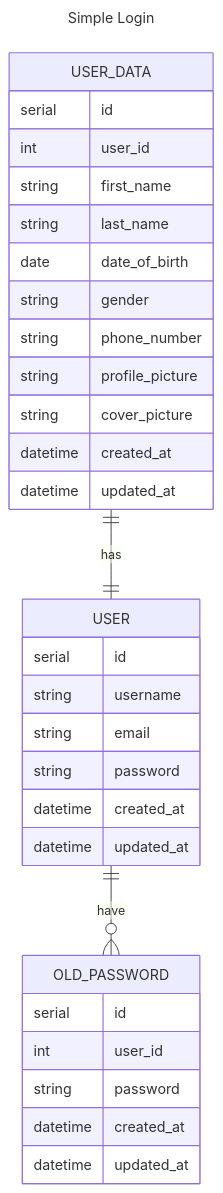
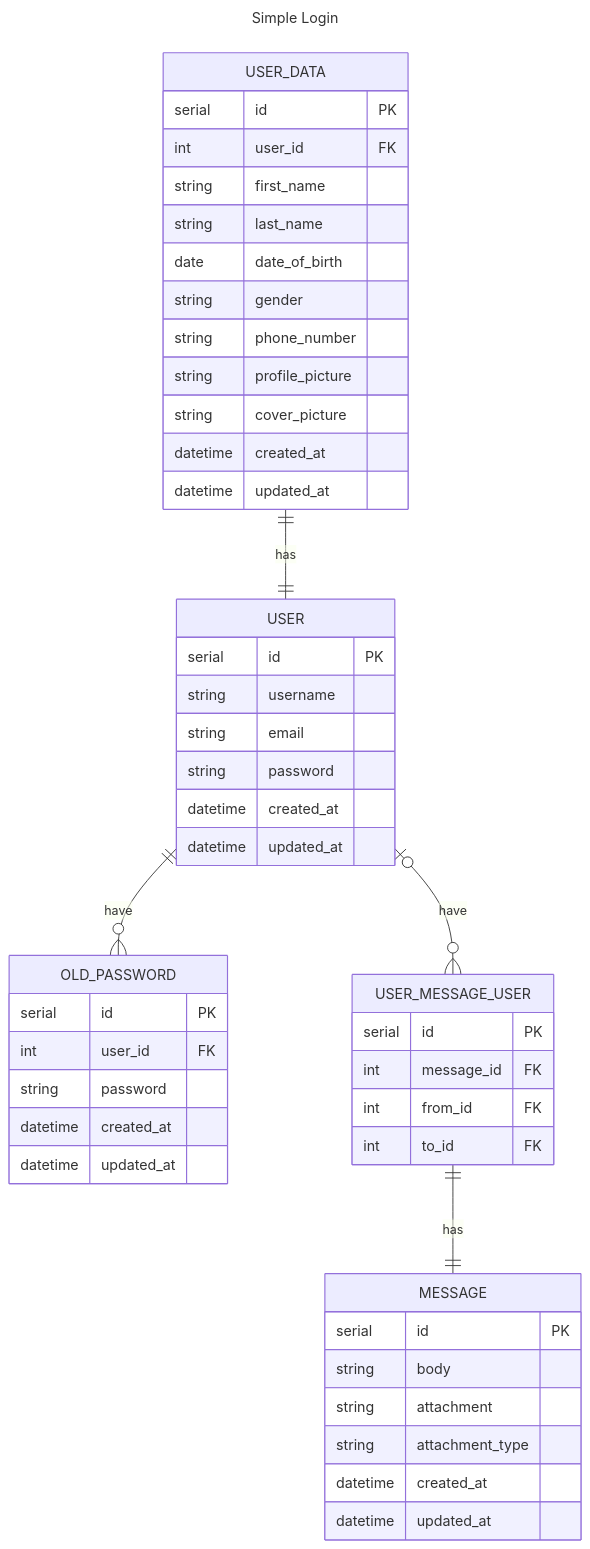
One commit to Soviena/laravel-advanced-login-template changed the diagram in erd.mermaid. Above: the diagram before and after it, drawn with Mermaid. The commit also changed other lines of this file, not shown here.

Commit message:
add messaging erd

```diff
--- a/erd.mermaid
+++ b/erd.mermaid
@@ -1,37 +1,55 @@
 ---
 title: Simple Login
 ---
 erDiagram
     USER_DATA ||--||USER : has
     USER ||--o{ OLD_PASSWORD : have
+    USER |o--o{ USER_MESSAGE_USER : have
+    USER_MESSAGE_USER ||--|| MESSAGE : has
 
     USER_DATA {
-        serial id
-        int user_id
+        serial id PK
+        int user_id FK
         string first_name
         string last_name
         date date_of_birth
         string gender
         string phone_number
         string profile_picture
         string cover_picture
         datetime created_at
         datetime updated_at
     }
 
     USER {
-        serial id
+        serial id PK
         string username
         string email
         string password
         datetime created_at
         datetime updated_at
     }
 
     OLD_PASSWORD {
-        serial id
-        int user_id
+        serial id PK
+        int user_id FK
         string password
         datetime created_at
         datetime updated_at
     }
+
+    MESSAGE {
+        serial id PK
+        string body
+        string attachment
+        string attachment_type
+        datetime created_at
+        datetime updated_at
+    }
+
+    USER_MESSAGE_USER {
+        serial id PK
+        int message_id FK
+        int from_id FK
+        int to_id FK
+    }
```
